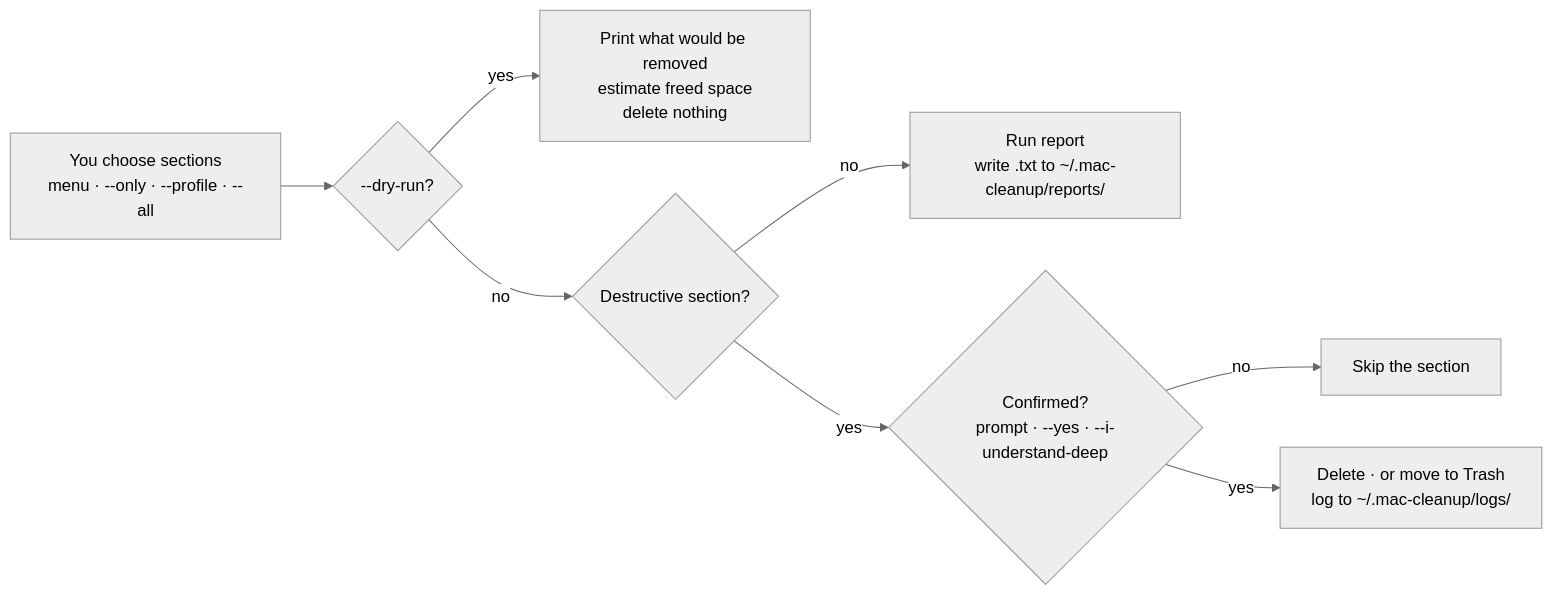
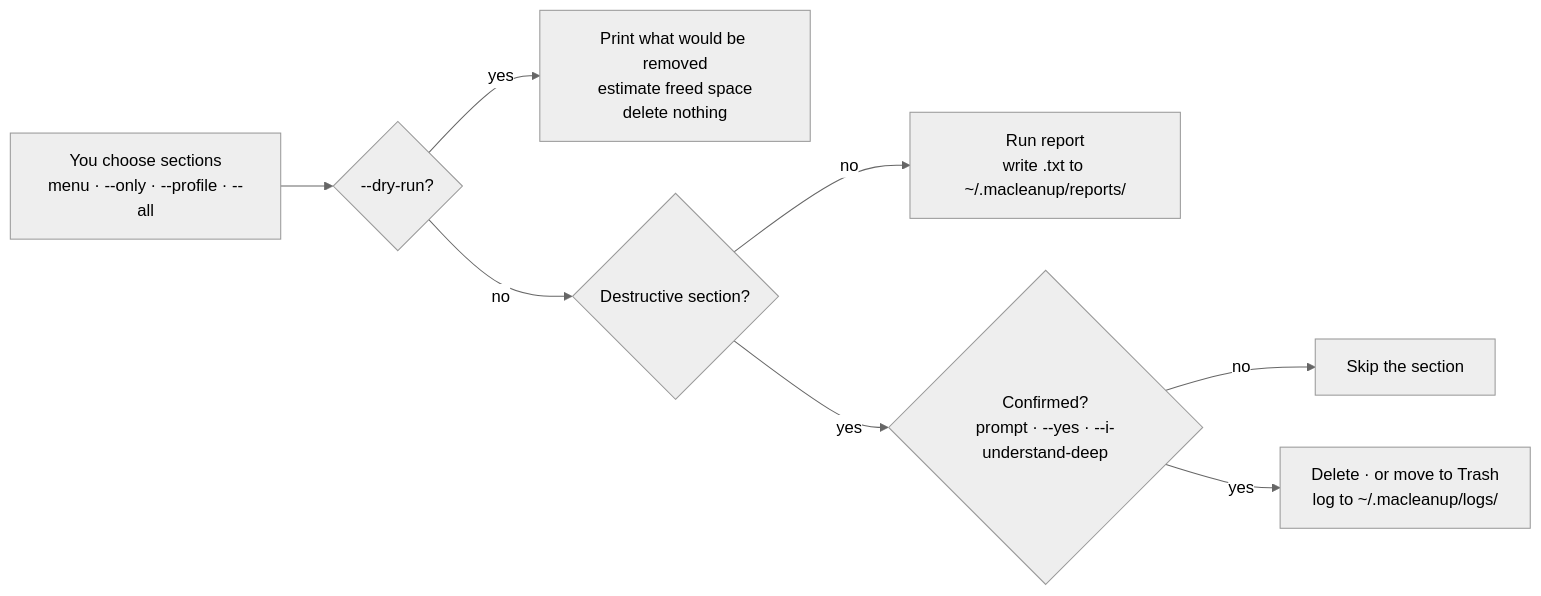
One commit to aoneahsan/macleanup-docs changed the diagram in docs/intro.md. Above: the diagram before and after it, drawn with Mermaid (neutral theme). The commit also changed other lines of this file and 26 other files, not shown here.

````diff
--- a/docs/intro.md
+++ b/docs/intro.md
@@ -85,10 +85,10 @@
 ```mermaid
 flowchart LR
   A["You choose sections<br/>menu · --only · --profile · --all"] --> B{"--dry-run?"}
   B -- yes --> C["Print what would be removed<br/>estimate freed space<br/>delete nothing"]
   B -- no --> D{"Destructive section?"}
-  D -- no --> E["Run report<br/>write .txt to ~/.mac-cleanup/reports/"]
+  D -- no --> E["Run report<br/>write .txt to ~/.macleanup/reports/"]
   D -- yes --> F{"Confirmed?<br/>prompt · --yes · --i-understand-deep"}
   F -- no --> G["Skip the section"]
-  F -- yes --> H["Delete · or move to Trash<br/>log to ~/.mac-cleanup/logs/"]
+  F -- yes --> H["Delete · or move to Trash<br/>log to ~/.macleanup/logs/"]
 ```
````
